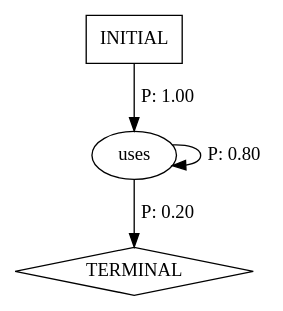
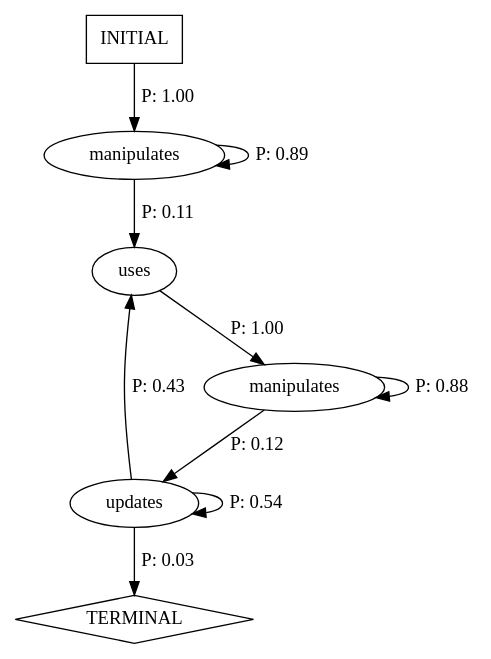
One commit to mlipsumass/CS520Exercise4 changed the diagram in tictactoe-v02/rowGameApp-arch.dot. Above: the diagram before and after it, drawn with Graphviz. The commit also changed 5 other files, not shown here.

```diff
--- a/tictactoe-v02/rowGameApp-arch.dot
+++ b/tictactoe-v02/rowGameApp-arch.dot
@@ -1,8 +1,17 @@
 digraph G {
-  0 [label="uses"];
-  1 [label="TERMINAL",shape=diamond];
-  2 [label="INITIAL",shape=box];
-0->0 [label="P: 0.80"];
-0->1 [label="P: 0.20"];
-2->0 [label="P: 1.00"];
+  0 [label="manipulates"];
+  1 [label="manipulates"];
+  2 [label="updates"];
+  3 [label="uses"];
+  4 [label="TERMINAL",shape=diamond];
+  5 [label="INITIAL",shape=box];
+0->0 [label="P: 0.89"];
+0->3 [label="P: 0.11"];
+1->1 [label="P: 0.88"];
+1->2 [label="P: 0.12"];
+2->2 [label="P: 0.54"];
+2->3 [label="P: 0.43"];
+2->4 [label="P: 0.03"];
+3->1 [label="P: 1.00"];
+5->0 [label="P: 1.00"];
 }
```
